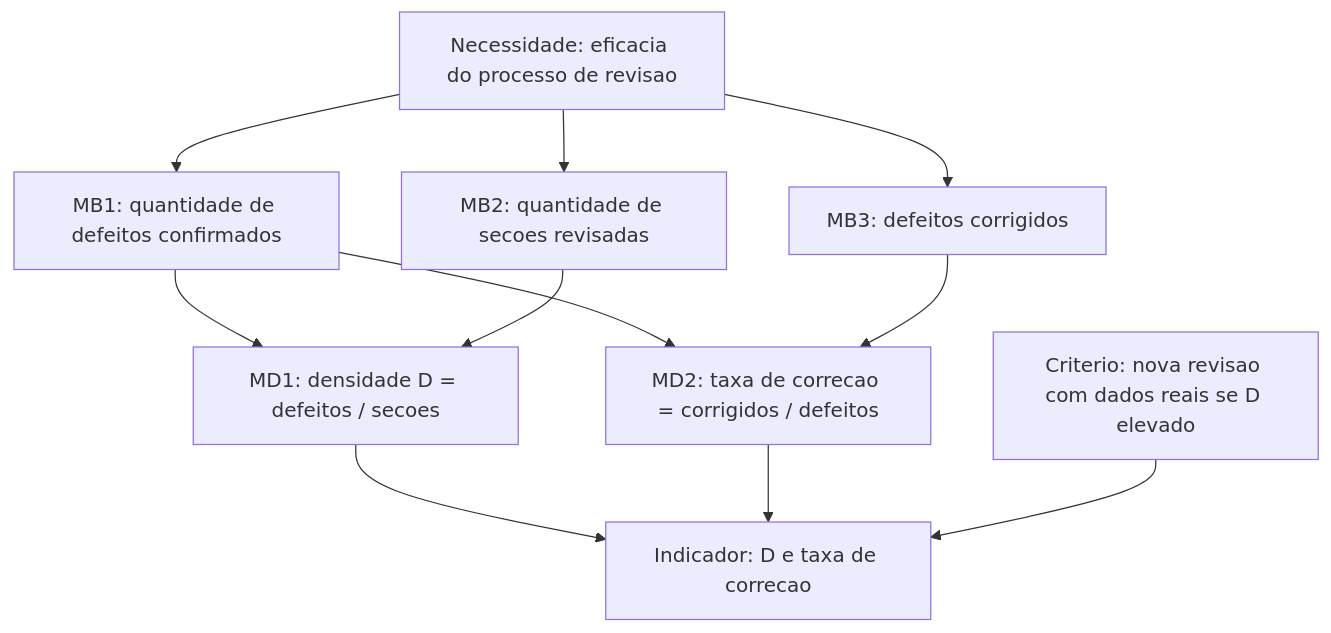
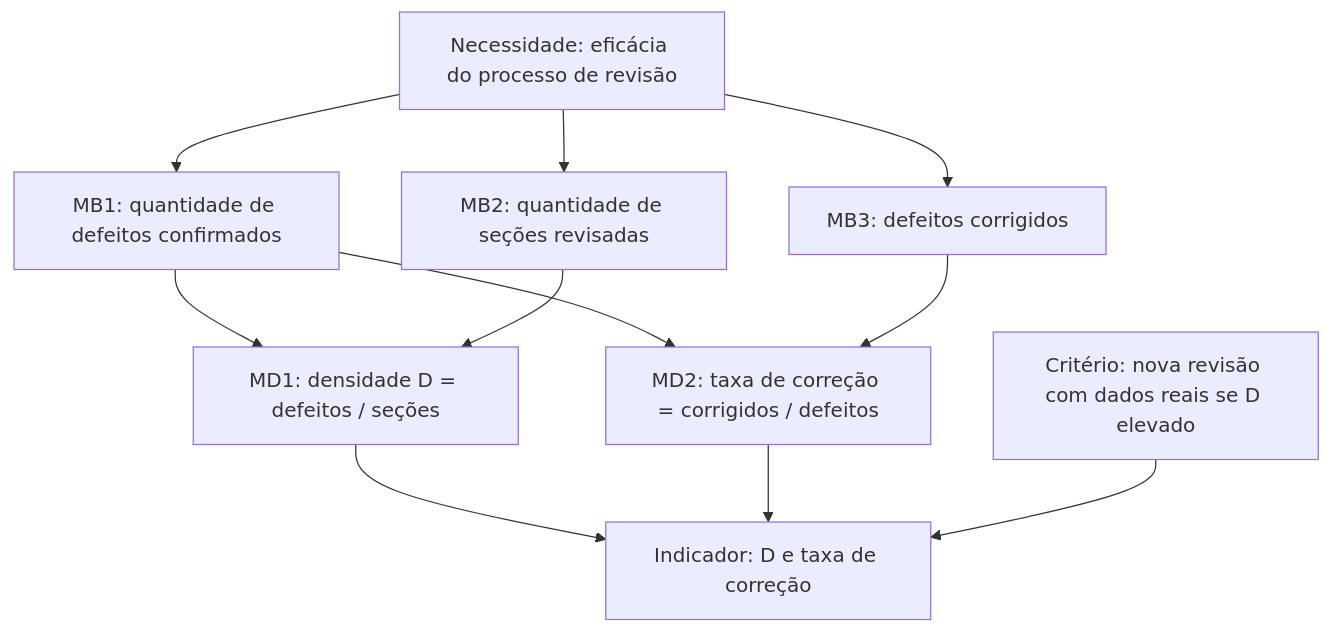
The second of 2 diagrams in docs/gestao-psm/desempenho-dos-processos.md (FCTE-Qualidade-de-Software-1/2026-2_T01_BETTY_SNYDER), drawn with Mermaid before and after one commit. The commit also changed other lines of this file and 4 other files, not shown here.

Commit message:
docs(psm): alinha diagramas ao modelo da Aula 09 e rotulos com espacos

````diff
--- a/docs/gestao-psm/desempenho-dos-processos.md
+++ b/docs/gestao-psm/desempenho-dos-processos.md
@@ -50,21 +50,21 @@
 ```mermaid
 flowchart TB
-  needA["Necessidade: eficacia do processo de revisao"]
+  needA["Necessidade: eficácia do processo de revisão"]
   def["MB1: quantidade de defeitos confirmados"]
-  sec["MB2: quantidade de secoes revisadas"]
+  sec["MB2: quantidade de seções revisadas"]
   corrN["MB3: defeitos corrigidos"]
-  dens["MD1: densidade D = defeitos / secoes"]
-  taxa["MD2: taxa de correcao = corrigidos / defeitos"]
-  ind["Indicador: D e taxa de correcao"]
-  crit["Criterio: nova revisao com dados reais se D elevado"]
+  dens["MD1: densidade D = defeitos / seções"]
+  taxa["MD2: taxa de correção = corrigidos / defeitos"]
+  ind["Indicador: D e taxa de correção"]
+  crit["Critério: nova revisão com dados reais se D elevado"]
   needA --> def
   needA --> sec
   needA --> corrN
   def --> dens
   sec --> dens
   def --> taxa
   corrN --> taxa
   dens --> ind
   taxa --> ind
   crit --> ind
 ```
````
